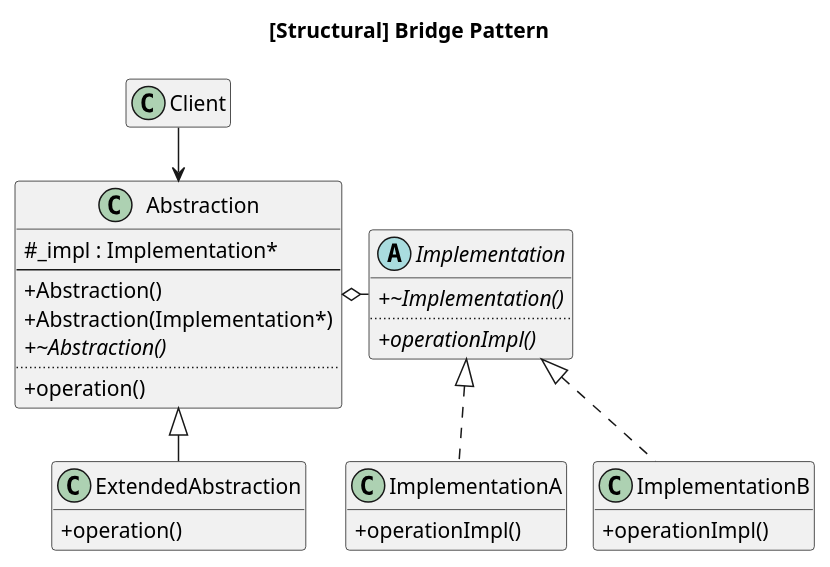
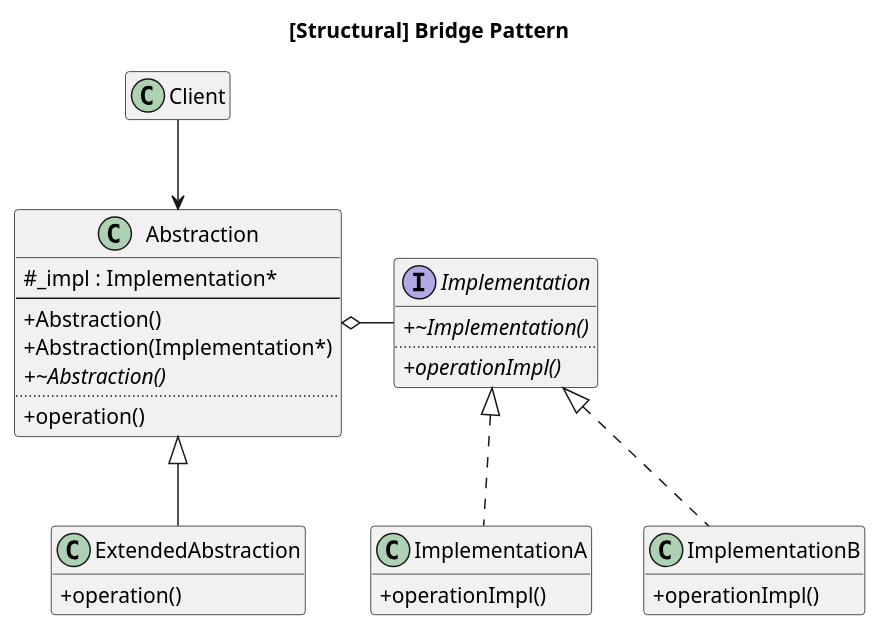
Before and after one commit to nampluskr/design_patterns: the diagram in plantuml/_bridge.puml, drawn with PlantUML. The commit also changed 4 other files, not shown here.

```diff
--- a/plantuml/_bridge.puml
+++ b/plantuml/_bridge.puml
@@ -1,45 +1,40 @@
 @startuml
-!pragma layout smetana
+'!pragma layout smetana
 skinparam classAttributeIconSize 0
 
 title [Structural] Bridge Pattern
 
-together {
-class Client
 class Abstraction {
     # _impl : Implementation*
     --
     + Abstraction()
     + Abstraction(Implementation*)
     + {abstract} ~Abstraction()
     ..
     + operation()
 }
 class ExtendedAbstraction {
     + operation()
 }
-}
-Client --> Abstraction
-Abstraction <|-- ExtendedAbstraction
 
-together {
-Abstract Implementation {
+interface Implementation {
     + {abstract} ~Implementation()
     ..
     + {abstract} operationImpl()
 }
 class ImplementationA {
     + operationImpl()
 }
 class ImplementationB {
     + operationImpl()
 }
-}
+
+Client --> Abstraction
+Abstraction <|-- ExtendedAbstraction
+Abstraction o- Implementation
 Implementation <|.. ImplementationA
 Implementation <|.. ImplementationB
-
-Abstraction o-r- Implementation
 
 hide empty members
 
 @enduml
```
